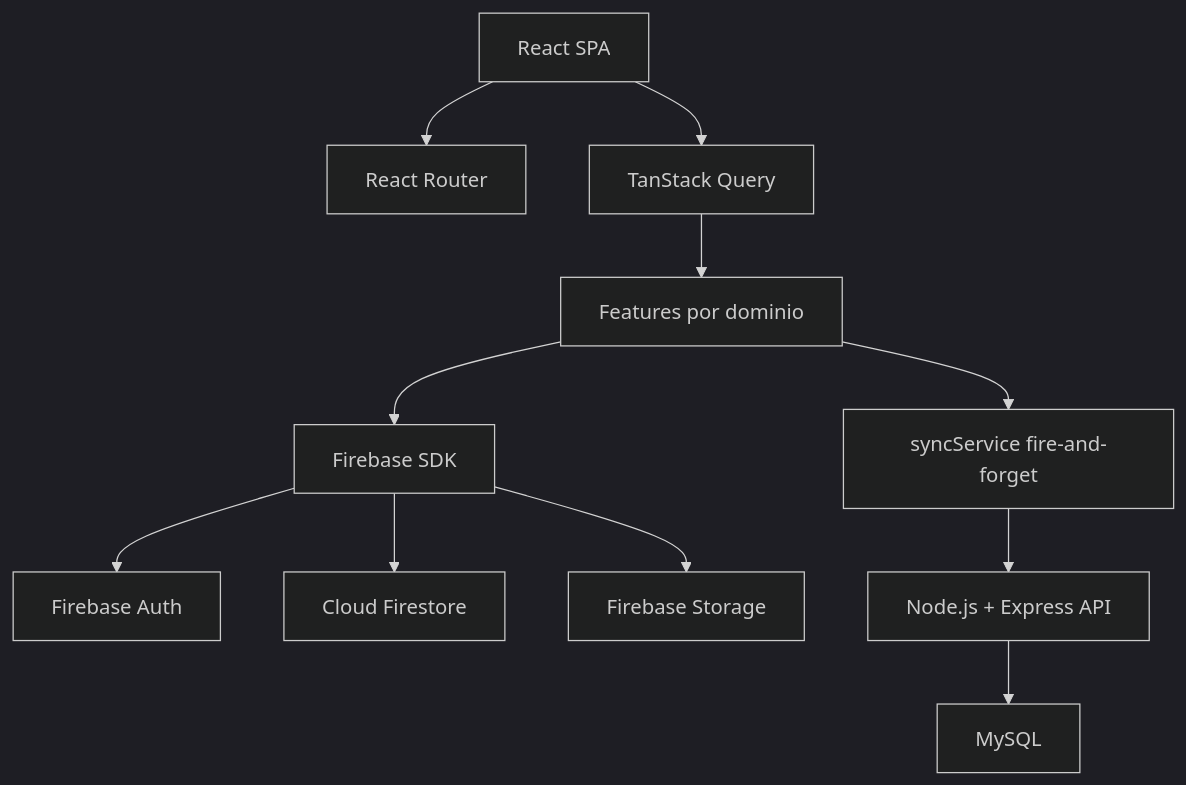
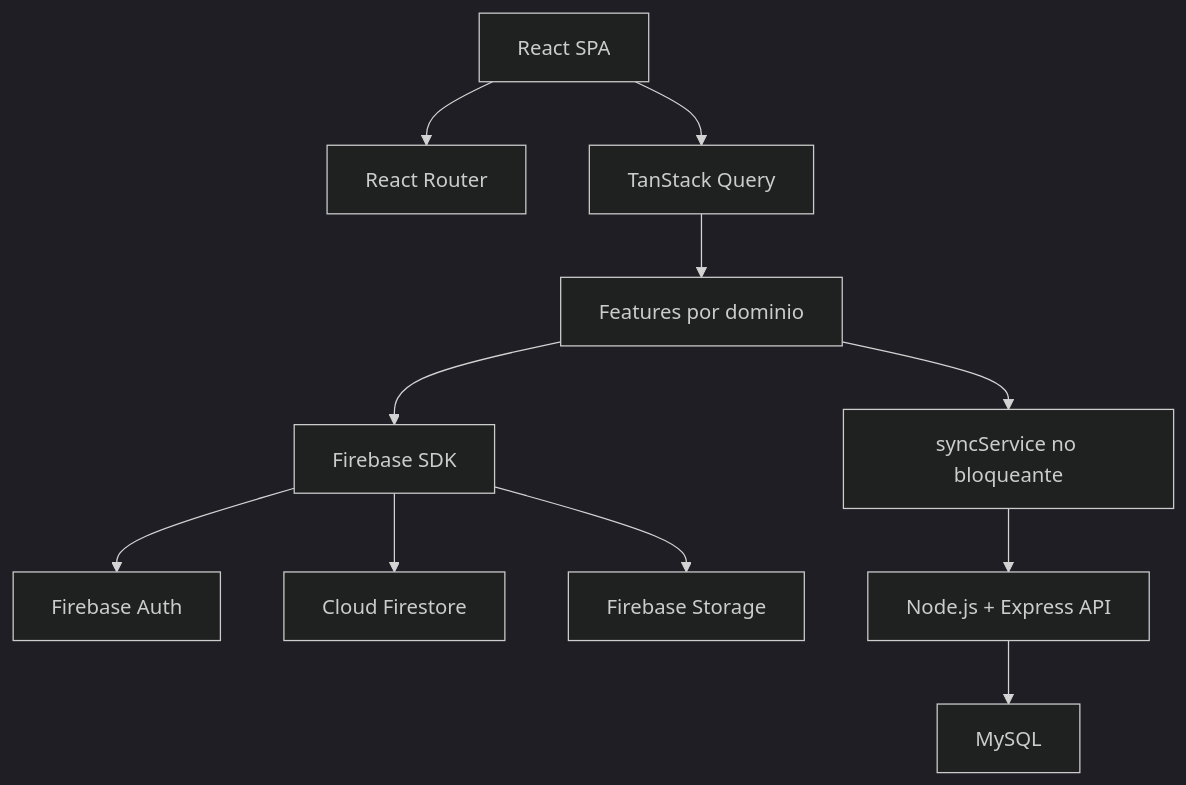
One commit to yucradavid/Perfil-de-egreso-Plataforma-Web-Integral-CERMAT changed the second of 2 diagrams in docs/brief-epe.md. Above: the diagram before and after it, drawn with Mermaid (dark theme). The commit also changed other lines of this file and 50 other files, not shown here.

````diff
--- a/docs/brief-epe.md
+++ b/docs/brief-epe.md
@@ -195,13 +196,13 @@
 ```mermaid
 flowchart TD
   UI["React SPA"] --> Router["React Router"]
   UI --> Query["TanStack Query"]
   Query --> Features["Features por dominio"]
   Features --> Firebase["Firebase SDK"]
   Firebase --> Auth["Firebase Auth"]
   Firebase --> Firestore["Cloud Firestore"]
   Firebase --> Storage["Firebase Storage"]
-  Features --> Sync["syncService fire-and-forget"]
+  Features --> Sync["syncService no bloqueante"]
   Sync --> API["Node.js + Express API"]
   API --> MySQL["MySQL"]
 ```
````
